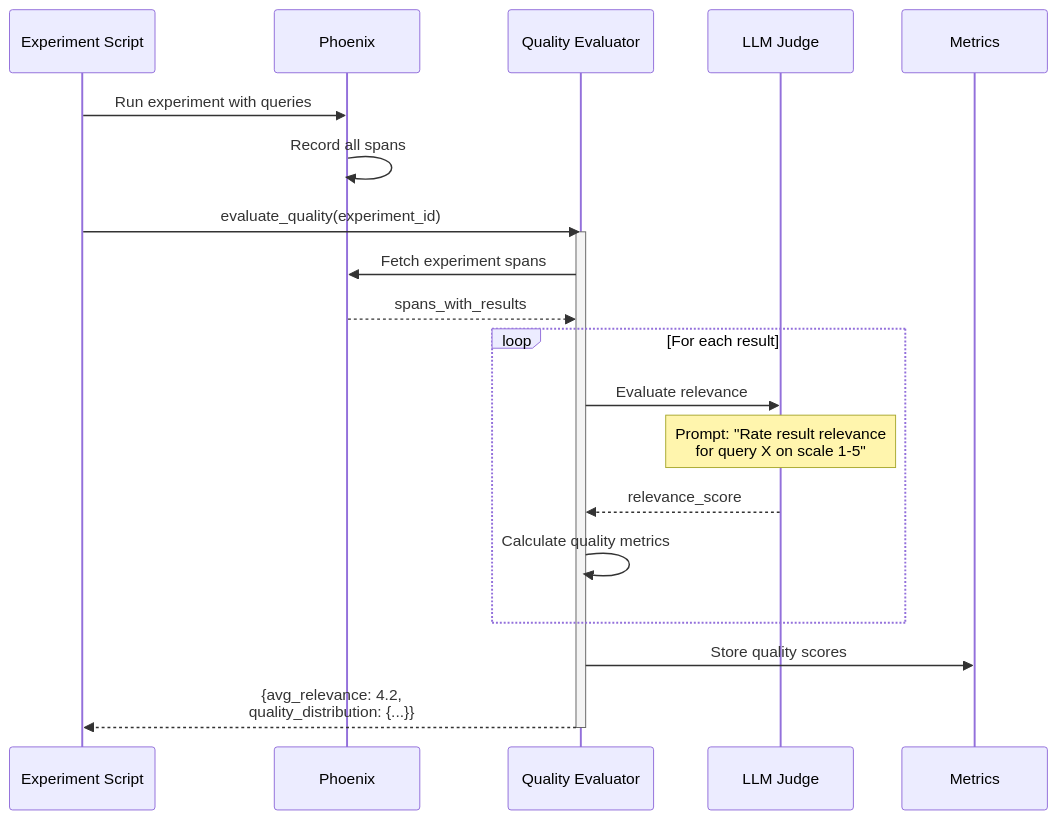
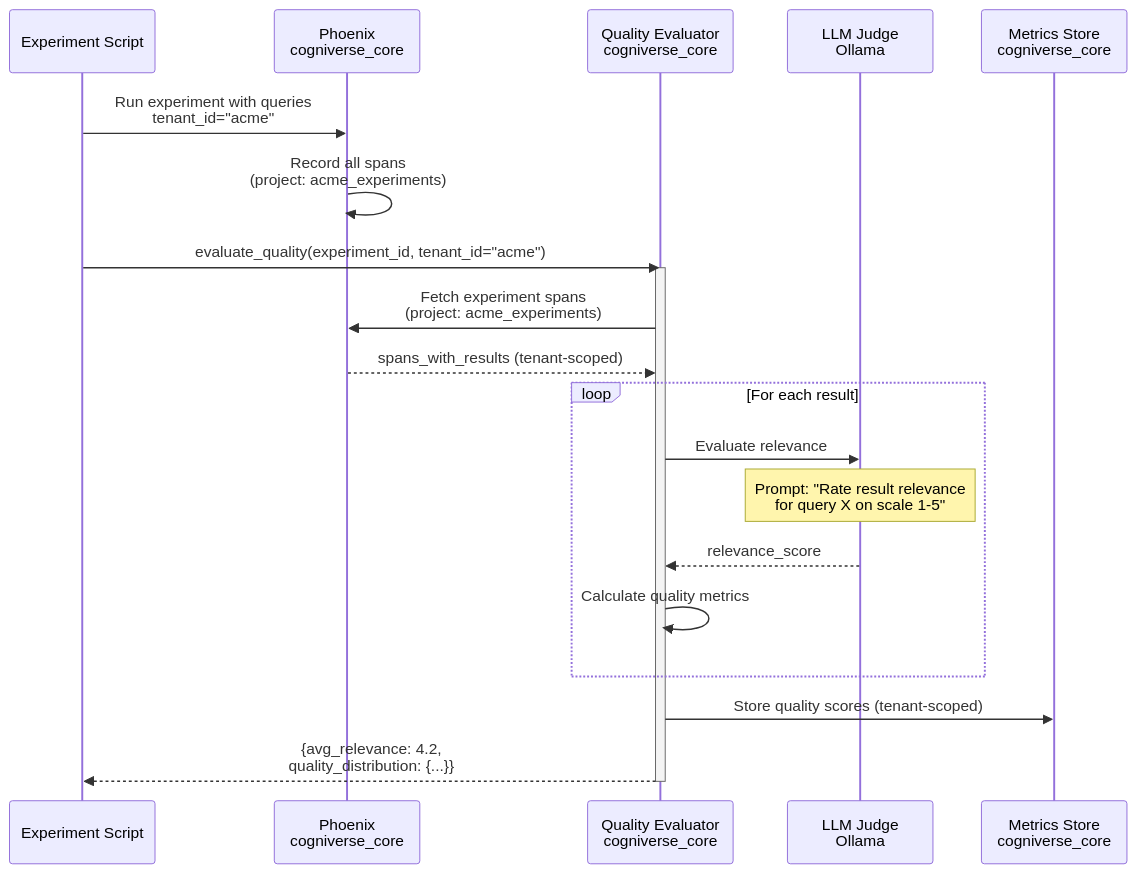
Before and after one commit to amit-jain/cogniverse: diagram 17 of 25 in docs/architecture/system-flows.md, drawn with Mermaid. The commit also changed other lines of this file and 25 other files, not shown here.

````diff
--- a/docs/architecture/system-flows.md
+++ b/docs/architecture/system-flows.md
@@ -514,29 +687,29 @@
 ```mermaid
 sequenceDiagram
     participant Exp as Experiment Script
-    participant Phoenix
-    participant QualityEval as Quality Evaluator
-    participant LLM as LLM Judge
-    participant Metrics
+    participant Phoenix as Phoenix<br/>cogniverse_core
+    participant QualityEval as Quality Evaluator<br/>cogniverse_core
+    participant LLM as LLM Judge<br/>Ollama
+    participant Metrics as Metrics Store<br/>cogniverse_core
 
-    Exp->>Phoenix: Run experiment with queries
-    Phoenix->>Phoenix: Record all spans
+    Exp->>Phoenix: Run experiment with queries<br/>tenant_id="acme"
+    Phoenix->>Phoenix: Record all spans<br/>(project: acme_experiments)
 
-    Exp->>QualityEval: evaluate_quality(experiment_id)
+    Exp->>QualityEval: evaluate_quality(experiment_id, tenant_id="acme")
 
     activate QualityEval
-    QualityEval->>Phoenix: Fetch experiment spans
-    Phoenix-->>QualityEval: spans_with_results
+    QualityEval->>Phoenix: Fetch experiment spans<br/>(project: acme_experiments)
+    Phoenix-->>QualityEval: spans_with_results (tenant-scoped)
 
     loop For each result
         QualityEval->>LLM: Evaluate relevance
         Note over LLM: Prompt: "Rate result relevance<br/>for query X on scale 1-5"
         LLM-->>QualityEval: relevance_score
 
         QualityEval->>QualityEval: Calculate quality metrics
     end
 
-    QualityEval->>Metrics: Store quality scores
+    QualityEval->>Metrics: Store quality scores (tenant-scoped)
     QualityEval-->>Exp: {avg_relevance: 4.2,<br/>quality_distribution: {...}}
     deactivate QualityEval
 ```
````
